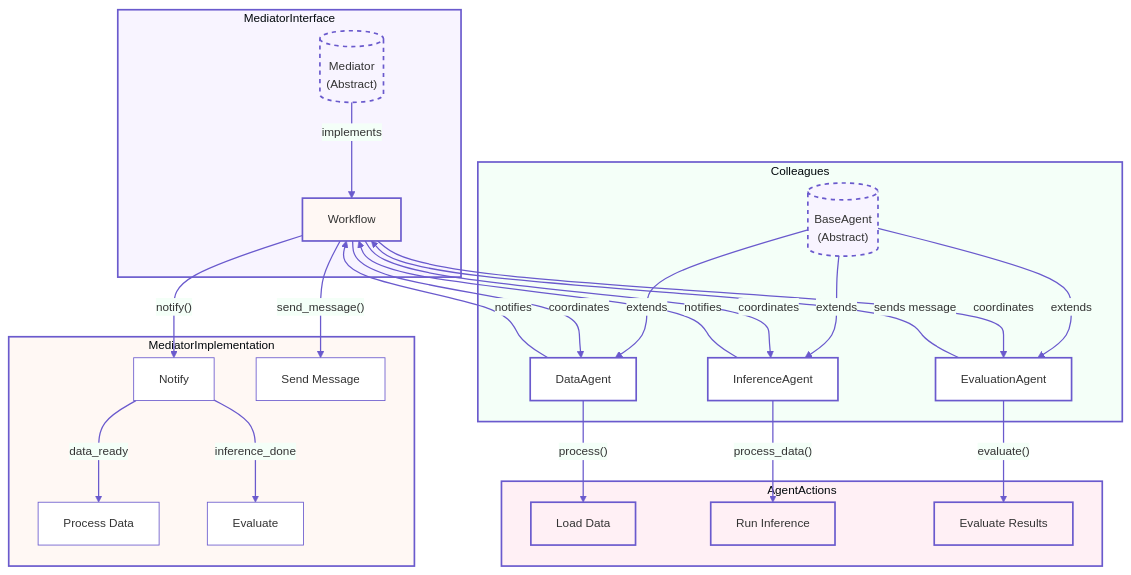
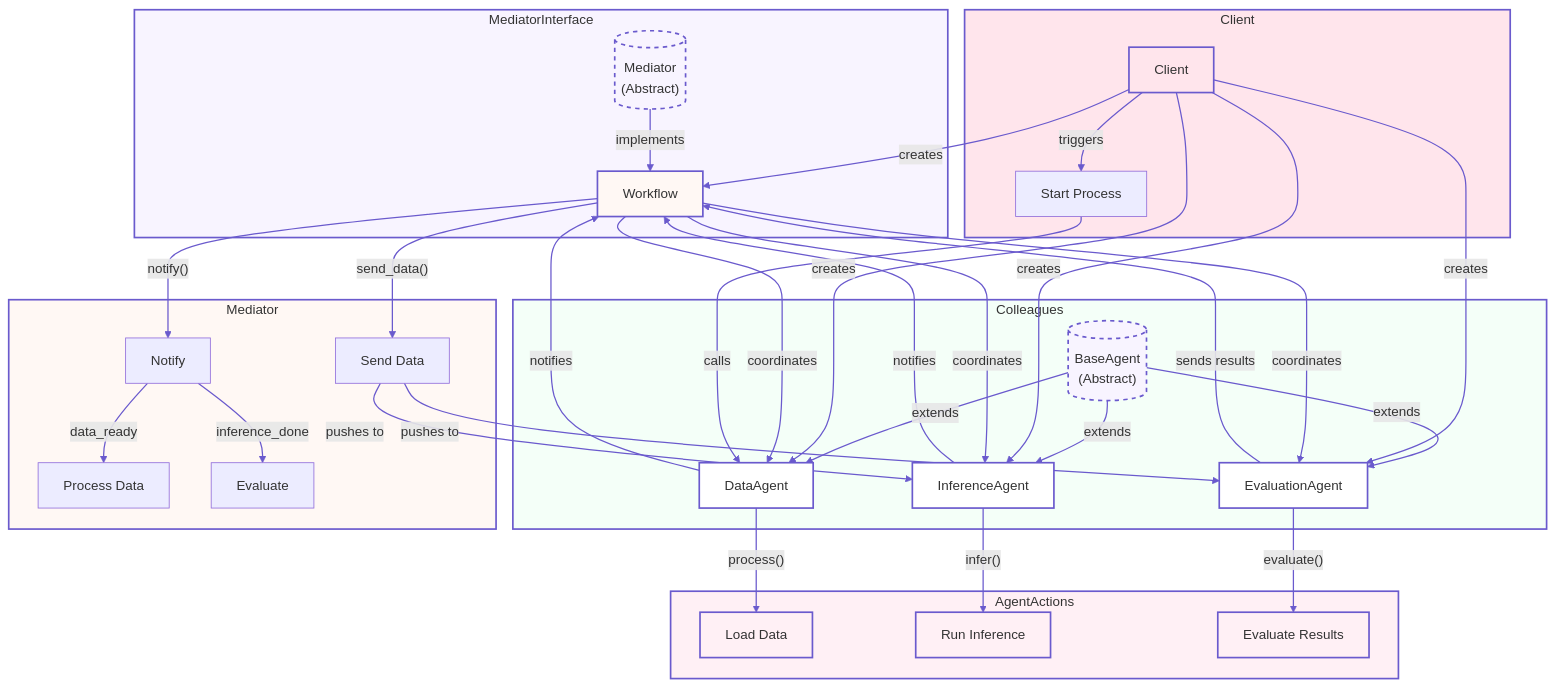
One commit to arunpshankar/Python-Design-Patterns-for-AI changed the diagram in src/mermaid/10_mediator_push.mmd. Above: the diagram before and after it, drawn with Mermaid. The commit also changed 1 other file, not shown here.

```diff
--- a/src/mermaid/10_mediator_push.mmd
+++ b/src/mermaid/10_mediator_push.mmd
@@ -1,66 +1,83 @@
-%%{init: {'theme': 'base', 'themeVariables': { 
-    'primaryColor': '#f8f4ff', 
-    'secondaryColor': '#f4fff8', 
-    'tertiaryColor': '#fff8f4', 
-    'mainBkg': '#ffffff', 
-    'nodeBorder': '#6a5acd', 
-    'clusterBkg': '#fafafa', 
-    'clusterBorder': '#6a5acd', 
-    'lineColor': '#6a5acd', 
-    'fontFamily': 'Helvetica, Arial, sans-serif', 
-    'fontSize': '14px' 
+%%{init: {'theme': 'base', 'themeVariables': { 
+    'primaryColor': '#f8f4ff', 
+    'secondaryColor': '#f4fff8', 
+    'tertiaryColor': '#fff8f4', 
+    'mainBkg': '#ffffff', 
+    'nodeBorder': '#6a5acd', 
+    'clusterBkg': '#fafafa', 
+    'clusterBorder': '#6a5acd', 
+    'lineColor': '#6a5acd', 
+    'fontFamily': 'Helvetica, Arial, sans-serif', 
+    'fontSize': '14px' 
 }}}%%
 
 flowchart TB
-    subgraph MediatorInterface
-        style MediatorInterface fill:#f8f4ff,stroke:#6a5acd,stroke-width:2px
-        MI[("Mediator<br>(Abstract)")]
-        WF["Workflow"]
-        MI -->|"implements"| WF
-    end
+    subgraph MediatorInterface
+        style MediatorInterface fill:#f8f4ff,stroke:#6a5acd,stroke-width:2px
+        MI[("Mediator<br>(Abstract)")]
+        WF["Workflow"]
+        MI -->|"implements"| WF
+    end
 
-    subgraph Colleagues
-        style Colleagues fill:#f4fff8,stroke:#6a5acd,stroke-width:2px
-        BA[("BaseAgent<br>(Abstract)")]
-        DA["DataAgent"]
-        IA["InferenceAgent"]
-        EA["EvaluationAgent"]
-        BA -->|"extends"| DA
-        BA -->|"extends"| IA
-        BA -->|"extends"| EA
-    end
+    subgraph Colleagues
+        style Colleagues fill:#f4fff8,stroke:#6a5acd,stroke-width:2px
+        BA[("BaseAgent<br>(Abstract)")]
+        DA["DataAgent"]
+        IA["InferenceAgent"]
+        EA["EvaluationAgent"]
+        BA -->|"extends"| DA
+        BA -->|"extends"| IA
+        BA -->|"extends"| EA
+    end
 
-    subgraph MediatorImplementation
-        style MediatorImplementation fill:#fff8f4,stroke:#6a5acd,stroke-width:2px
-        WF -->|"notify()"| NT["Notify"]
-        WF -->|"send_message()"| SM["Send Message"]
-        NT -->|"data_ready"| PD["Process Data"]
-        NT -->|"inference_done"| EV["Evaluate"]
-    end
+    subgraph Mediator
+        style Mediator fill:#fff8f4,stroke:#6a5acd,stroke-width:2px
+        WF -->|"notify()"| NT["Notify"]
+        WF -->|"send_data()"| SD["Send Data"]
+        NT -->|"data_ready"| PD["Process Data"]
+        NT -->|"inference_done"| EV["Evaluate"]
+    end
 
-    subgraph AgentActions
-        style AgentActions fill:#fff0f5,stroke:#6a5acd,stroke-width:2px
-        DA -->|"process()"| LD["Load Data"]
-        IA -->|"process_data()"| RI["Run Inference"]
-        EA -->|"evaluate()"| ER["Evaluate Results"]
-    end
+    subgraph AgentActions
+        style AgentActions fill:#fff0f5,stroke:#6a5acd,stroke-width:2px
+        DA -->|"process()"| LD["Load Data"]
+        IA -->|"infer()"| RI["Run Inference"]
+        EA -->|"evaluate()"| ER["Evaluate Results"]
+    end
 
-    WF -->|"coordinates"| DA
-    WF -->|"coordinates"| IA
-    WF -->|"coordinates"| EA
+    subgraph Client
+        style Client fill:#ffe5ec,stroke:#6a5acd,stroke-width:2px
+        CL["Client"]
+        CL -->|"creates"| DA
+        CL -->|"creates"| IA
+        CL -->|"creates"| EA
+        CL -->|"creates"| WF
+        CL -->|"triggers"| TP["Start Process"]
+    end
 
-    DA -->|"notifies"| WF
-    IA -->|"notifies"| WF
-    EA -->|"sends message"| WF
+    WF -->|"coordinates"| DA
+    WF -->|"coordinates"| IA
+    WF -->|"coordinates"| EA
 
-    classDef abstract fill:#f8f4ff,stroke:#6a5acd,stroke-width:2px,stroke-dasharray: 5 5
-    classDef concrete fill:#ffffff,stroke:#6a5acd,stroke-width:2px
-    classDef mediator fill:#fff8f4,stroke:#6a5acd,stroke-width:2px
-    classDef action fill:#fff0f5,stroke:#6a5acd,stroke-width:2px
+    DA -->|"notifies"| WF
+    IA -->|"notifies"| WF
+    EA -->|"sends results"| WF
 
-    class MI,BA abstract
-    class WF,DA,IA,EA concrete
-    class WF mediator
-    class LD,RI,ER action
+    SD -->|"pushes to"| IA
+    SD -->|"pushes to"| EA
 
-    linkStyle default stroke:#6a5acd,stroke-width:1.5px
+    TP -->|"calls"| DA
+
+    classDef abstract fill:#f8f4ff,stroke:#6a5acd,stroke-width:2px,stroke-dasharray: 5 5
+    classDef concrete fill:#ffffff,stroke:#6a5acd,stroke-width:2px
+    classDef mediator fill:#fff8f4,stroke:#6a5acd,stroke-width:2px
+    classDef action fill:#fff0f5,stroke:#6a5acd,stroke-width:2px
+     classDef client fill:#ffe5ec,stroke:#6a5acd,stroke-width:2px
+
+    class MI,BA abstract
+    class WF,DA,IA,EA concrete
+    class WF mediator
+    class LD,RI,ER action
+    class CL client
+
+    linkStyle default stroke:#6a5acd,stroke-width:1.5px
```
